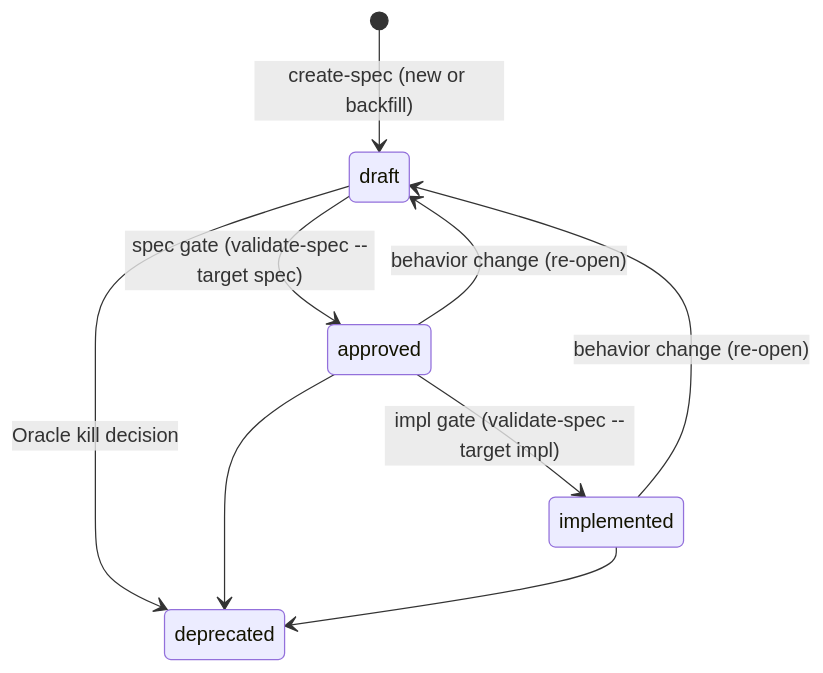
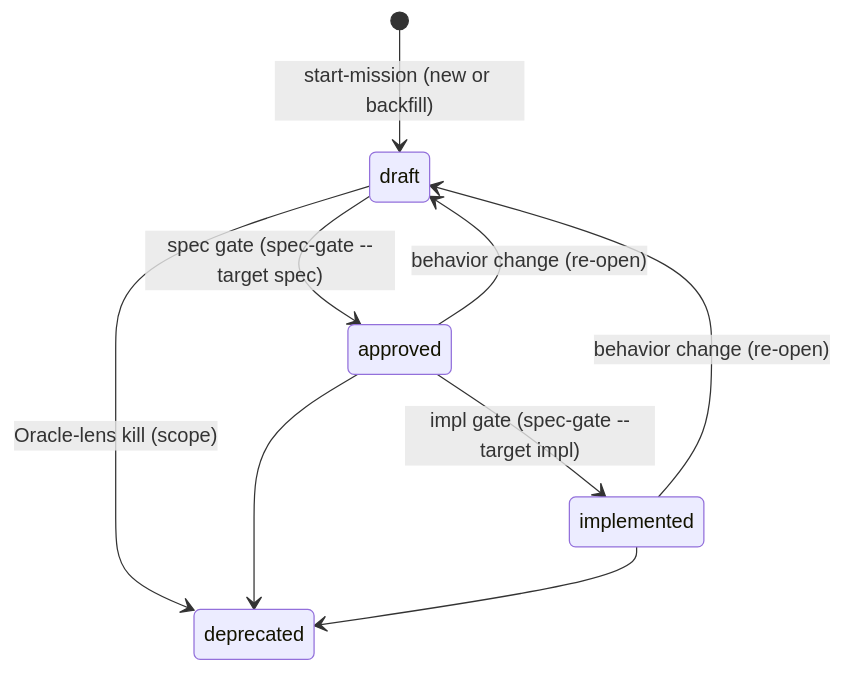
One commit to cyberuni/cyber-sdd changed the diagram in plugins/sdd/skills/lifecycle-governance/SKILL.md. Above: the diagram before and after it, drawn with Mermaid. The commit also changed other lines of this file and 126 other files, not shown here.

````diff
--- a/plugins/sdd/skills/lifecycle-governance/SKILL.md
+++ b/plugins/sdd/skills/lifecycle-governance/SKILL.md
@@ -90,11 +108,11 @@
 ```mermaid
 stateDiagram-v2
-    [*] --> draft: create-spec (new or backfill)
-    draft --> approved: spec gate (validate-spec --target spec)
-    approved --> implemented: impl gate (validate-spec --target impl)
+    [*] --> draft: start-mission (new or backfill)
+    draft --> approved: spec gate (spec-gate --target spec)
+    approved --> implemented: impl gate (spec-gate --target impl)
     approved --> draft: behavior change (re-open)
     implemented --> draft: behavior change (re-open)
-    draft --> deprecated: Oracle kill decision
+    draft --> deprecated: Oracle-lens kill (scope)
     approved --> deprecated
     implemented --> deprecated
 ```
````
